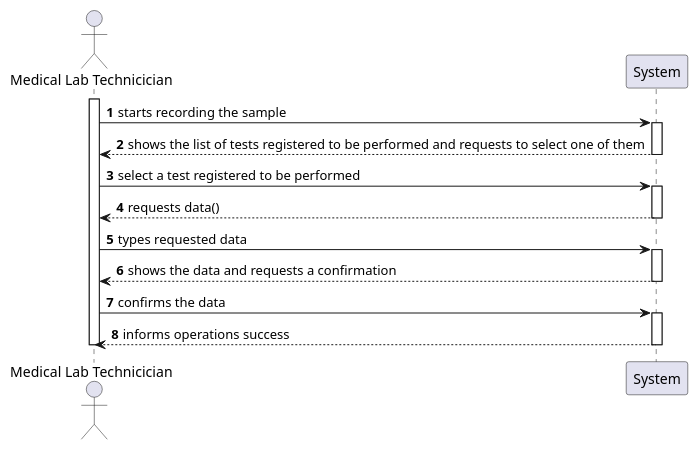
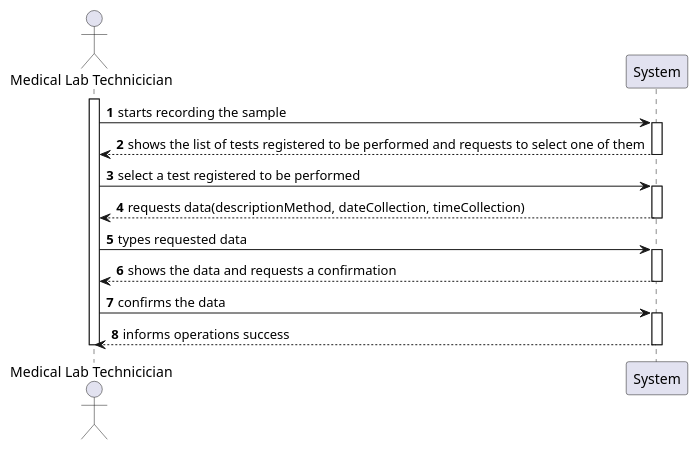
The diagram in docs/SprintC/US5_RecordTheSample/US005_SSD.puml (Pedromaia26/LAPR2-ISEP), drawn with PlantUML before and after one commit. The commit also changed 7 other files, not shown here.

```diff
--- a/docs/SprintC/US5_RecordTheSample/US005_SSD.puml
+++ b/docs/SprintC/US5_RecordTheSample/US005_SSD.puml
@@ -1,34 +1,34 @@
 @startuml
 Actor "Medical Lab Technicician" as MLT
 participant "System" as sys
 
 
 
 autonumber
 
 activate MLT
 MLT->sys : starts recording the sample 
 
 activate sys
 
 sys-->MLT : shows the list of tests registered to be performed and requests to select one of them
 deactivate sys
 
 MLT->sys : select a test registered to be performed
 activate sys
 
-sys-->MLT : requests data()
+sys-->MLT : requests data(descriptionMethod, dateCollection, timeCollection)
 deactivate sys
 
 MLT->sys : types requested data
 activate sys
 
 sys-->MLT : shows the data and requests a confirmation
 deactivate sys
 MLT->sys : confirms the data 
 activate sys
 
 sys-->MLT : informs operations success 
 deactivate sys
 deactivate MLT
 @enduml
```
